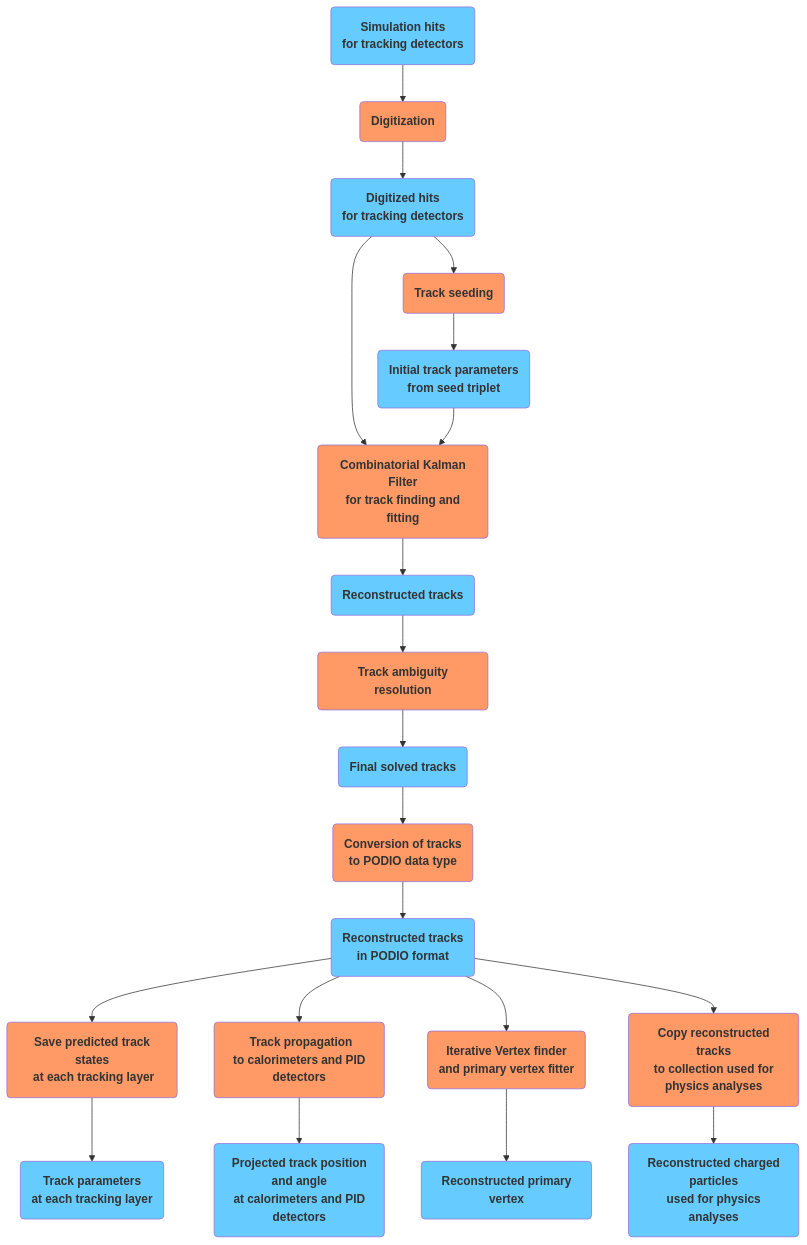
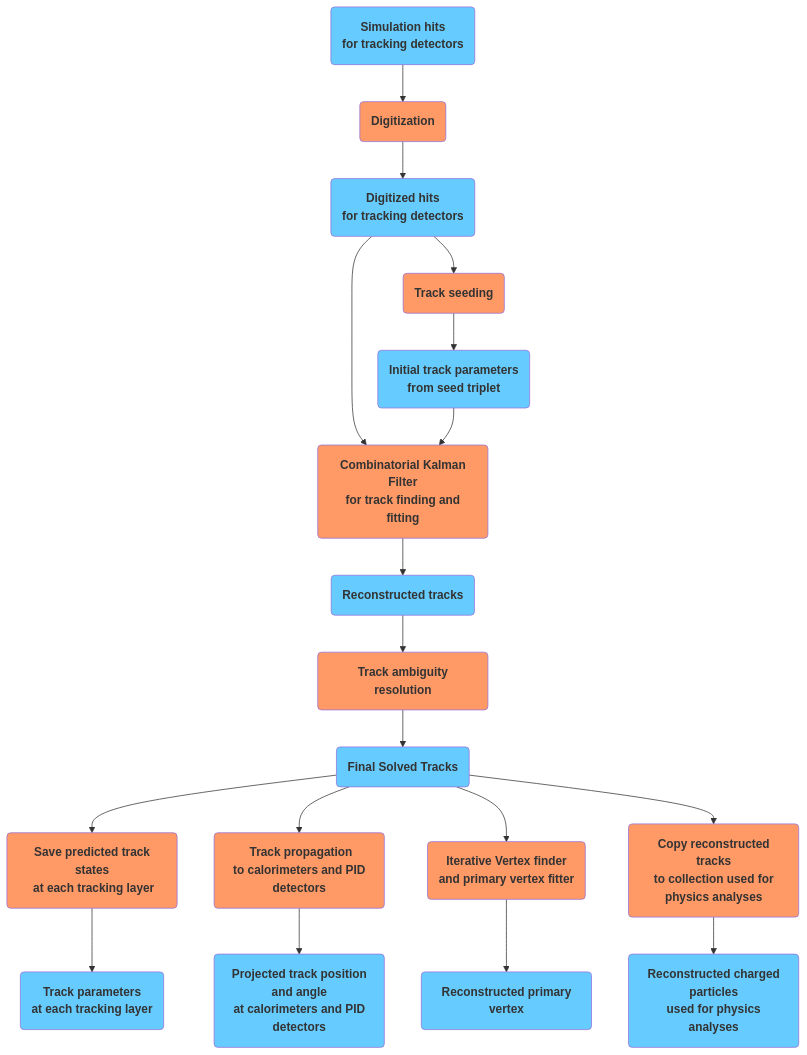
Before and after one commit to eic/EICrecon: the first of 4 diagrams in docs/design/tracking.md, drawn with Mermaid. The commit also changed other lines of this file, not shown here.

````diff
--- a/docs/design/tracking.md
+++ b/docs/design/tracking.md
@@ -4,32 +4,33 @@
 ```mermaid
 flowchart TB
   classDef alg fill:#f96;
   classDef col fill:#66ccff;
 
   SimHits(<strong>Simulation hits<br/> for tracking detectors</strong>):::col
   SimHits --> TrackDigi(<strong>Digitization</strong>):::alg
   TrackDigi --> RecHits(<strong>Digitized hits<br/> for tracking detectors</strong>):::col
 
   RecHits --> TrackSeeding(<strong> Track seeding):::alg
   TrackSeeding --> InitParams(<strong> Initial track parameters<br/> from seed triplet):::col
 
   RecHits --> CKFTracking(<strong> Combinatorial Kalman Filter<br/> for track finding and fitting):::alg
   InitParams --> CKFTracking
   CKFTracking --> ActsTracksUnsolved(<strong> Reconstructed tracks):::col
 
   ActsTracksUnsolved --> AmbiguitySolver(<strong> Track ambiguity resolution):::alg
-  AmbiguitySolver --> ActsTracks(<strong> Final solved tracks):::col
 
-  ActsTracks --> TypeConverter(<strong> Conversion of tracks<br/> to PODIO data type):::alg
-  TypeConverter --> ReconstructedTracks(<strong> Reconstructed tracks<br/> in PODIO format):::col
+  %% AmbiguitySolver --> ActsTracks(<strong> Final solved tracks):::col
+  %% ActsTracks --> TypeConverter(<strong> Conversion of tracks<br/> to PODIO data type):::alg
+  %% TypeConverter --> ReconstructedTracks(<strong> Reconstructed tracks<br/> in PODIO format):::col
+  AmbiguitySolver --> ReconstructedTracks(<strong> Final Solved Tracks):::col
 
   ReconstructedTracks --> TrackProjector(<strong> Save predicted track states<br/> at each tracking layer):::alg
   TrackProjector --> TrackStates(<strong> Track parameters<br/> at each tracking layer):::col
   ReconstructedTracks --> TrackPropagator(<strong> Track propagation<br/> to calorimeters and PID detectors):::alg
   TrackPropagator --> PropagatedTracks(<strong> Projected track position and angle<br/> at calorimeters and PID detectors):::col
   ReconstructedTracks -->IterVertFind(<strong> Iterative Vertex finder<br/> and primary vertex fitter):::alg
   IterVertFind --> PrimVertices(<strong> Reconstructed primary vertex):::col
   ReconstructedTracks --> ParticleFactory(<strong> Copy reconstructed tracks<br/> to collection used for physics analyses):::alg
   ParticleFactory --> ReconstructedChargedParticles(<strong> Reconstructed charged particles<br/> used for physics analyses):::col
 
 ```
````
